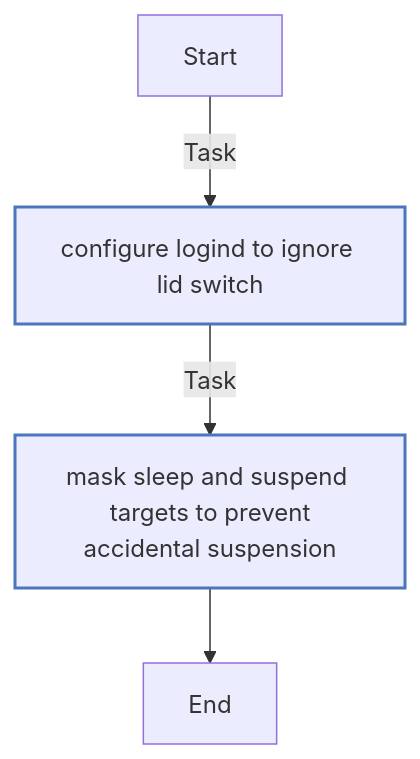
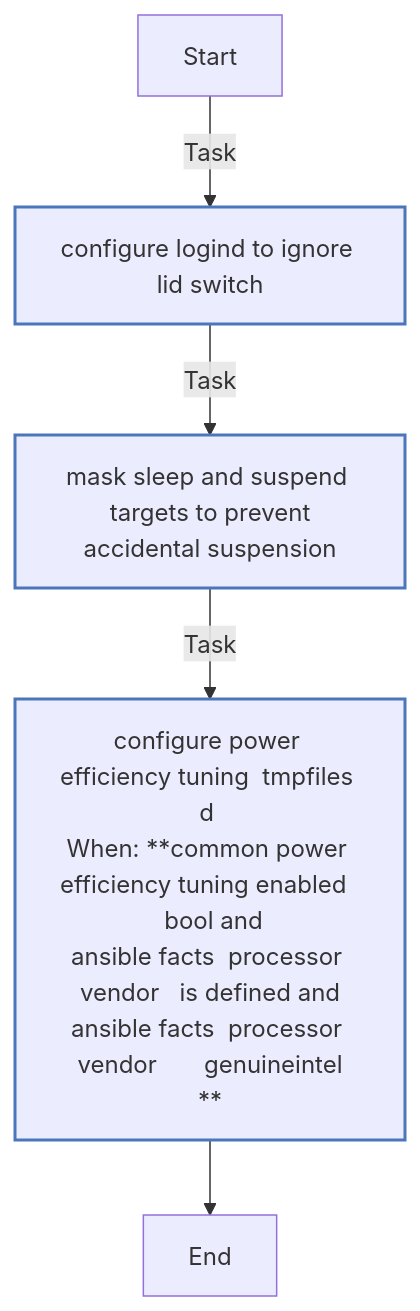
One commit to rou-cru/k3s-homelab changed the seventh of 9 diagrams in roles/common/README.md. Above: the diagram before and after it, drawn with Mermaid. The commit also changed other lines of this file and 96 other files, not shown here.

````diff
--- a/roles/common/README.md
+++ b/roles/common/README.md
@@ -490,16 +569,17 @@
 ```mermaid
 flowchart TD
 Start
 classDef block stroke:#3498db,stroke-width:2px;
 classDef task stroke:#4b76bb,stroke-width:2px;
 classDef includeTasks stroke:#16a085,stroke-width:2px;
 classDef importTasks stroke:#34495e,stroke-width:2px;
 classDef includeRole stroke:#2980b9,stroke-width:2px;
 classDef importRole stroke:#699ba7,stroke-width:2px;
 classDef includeVars stroke:#8e44ad,stroke-width:2px;
 classDef rescue stroke:#665352,stroke-width:2px;
 
   Start-->|Task| Configure_logind_to_ignore_Lid_Switch0[configure logind to ignore lid switch]:::task
   Configure_logind_to_ignore_Lid_Switch0-->|Task| Mask_sleep_and_suspend_targets_to_prevent_accidental_suspension1[mask sleep and suspend targets to prevent<br>accidental suspension]:::task
-  Mask_sleep_and_suspend_targets_to_prevent_accidental_suspension1-->End
+  Mask_sleep_and_suspend_targets_to_prevent_accidental_suspension1-->|Task| Configure_Power_Efficiency_Tuning__tmpfiles_d_2[configure power efficiency tuning  tmpfiles d <br>When: **common power efficiency tuning enabled   bool and<br>ansible facts  processor vendor   is defined and<br>ansible facts  processor vendor       genuineintel<br>**]:::task
+  Configure_Power_Efficiency_Tuning__tmpfiles_d_2-->End
 ```
````
